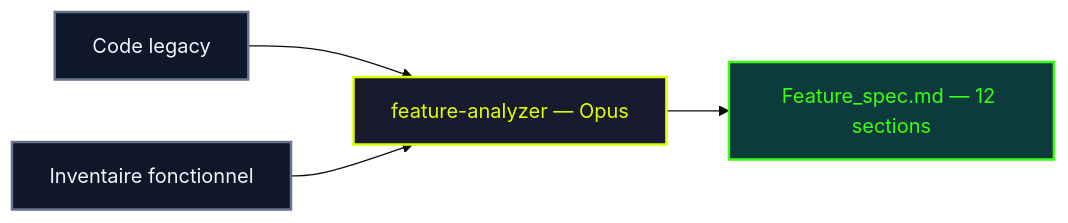
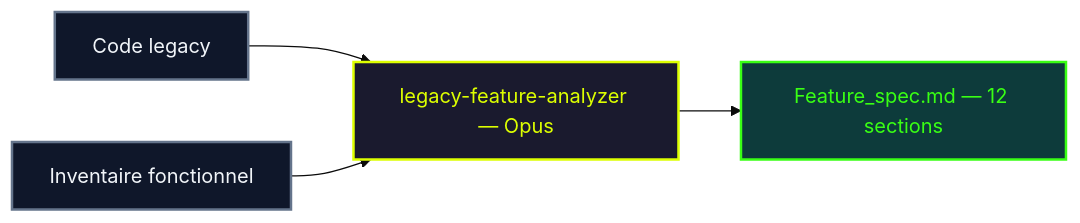
One commit to fondative/claude-code-ecosystem changed the eighth of 15 diagrams in docs/guide/methodology.md. Above: the diagram before and after it, drawn with Mermaid (base theme). The commit also changed other lines of this file and 260 other files, not shown here.

````diff
--- a/docs/guide/methodology.md
+++ b/docs/guide/methodology.md
@@ -344,19 +369,19 @@
 ```mermaid
 graph LR
     IN1["Code legacy"]
     IN2["Inventaire fonctionnel"]
-    FA["feature-analyzer — Opus"]
+    FA["legacy-feature-analyzer — Opus"]
     SPEC["Feature_spec.md — 12 sections"]
 
     IN1 --> FA
     IN2 --> FA
     FA --> SPEC
 
     classDef input fill:#0f172a,stroke:#64748b,stroke-width:2px,color:#f1f5f9
     classDef opus fill:#1a1a2e,stroke:#ddff00,stroke-width:2px,color:#ddff00
     classDef output fill:#0d3b3b,stroke:#39ff14,stroke-width:2px,color:#39ff14
 
     class IN1,IN2 input
     class FA opus
     class SPEC output
 ```
````
